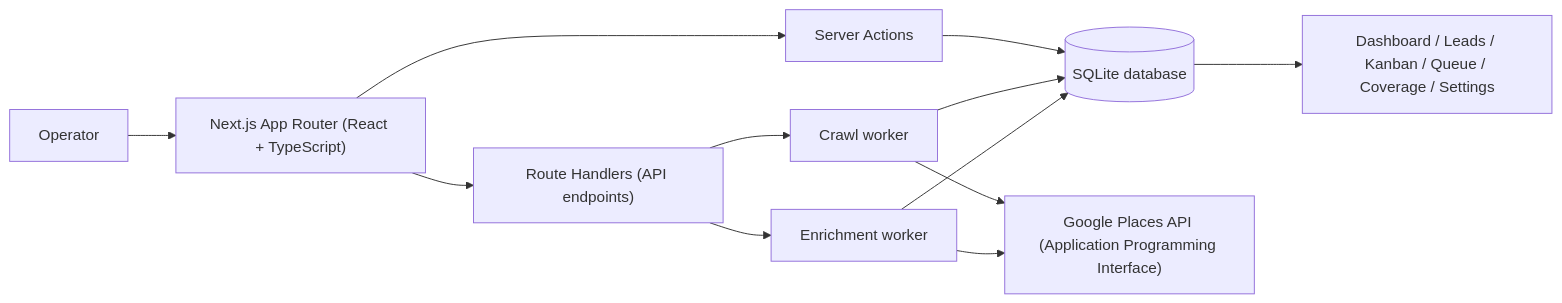
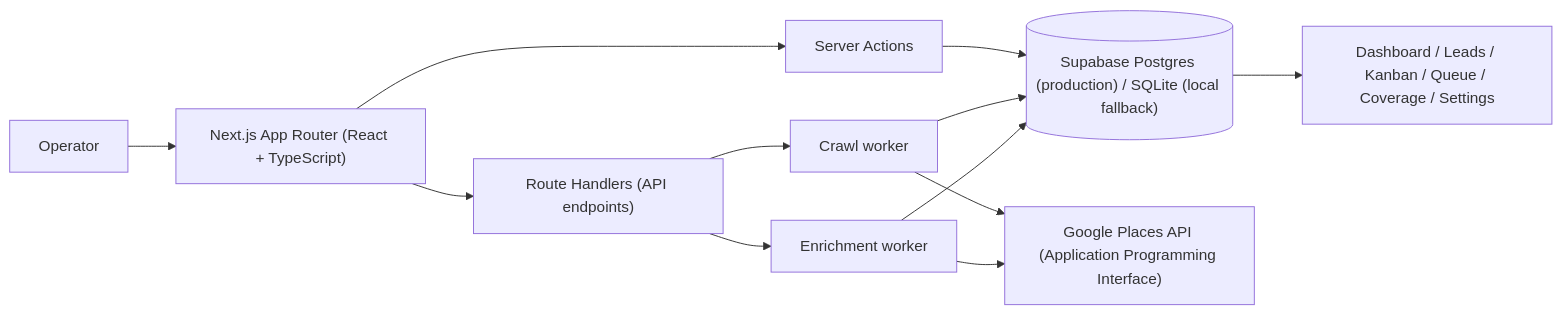
One commit to gfd26k6879-cloud/nova-trade-lead-management changed the first of 4 diagrams in docs/ULTRA_SYSTEM_ATLAS.md. Above: the diagram before and after it, drawn with Mermaid. The commit also changed other lines of this file and 109 other files, not shown here.

````diff
--- a/docs/ULTRA_SYSTEM_ATLAS.md
+++ b/docs/ULTRA_SYSTEM_ATLAS.md
@@ -7,14 +7,14 @@
 ```mermaid
 flowchart LR
   operator[Operator] --> ui["Next.js App Router (React + TypeScript)"]
   ui --> actions["Server Actions"]
   ui --> routes["Route Handlers (API endpoints)"]
-  actions --> sqlite[(SQLite database)]
+  actions --> data[("Supabase Postgres (production) / SQLite (local fallback)")]
   routes --> crawl["Crawl worker"]
   routes --> enrich["Enrichment worker"]
   crawl --> places["Google Places API (Application Programming Interface)"]
   enrich --> places
-  crawl --> sqlite
-  enrich --> sqlite
-  sqlite --> views["Dashboard / Leads / Kanban / Queue / Coverage / Settings"]
+  crawl --> data
+  enrich --> data
+  data --> views["Dashboard / Leads / Kanban / Queue / Coverage / Settings"]
 ```
````
